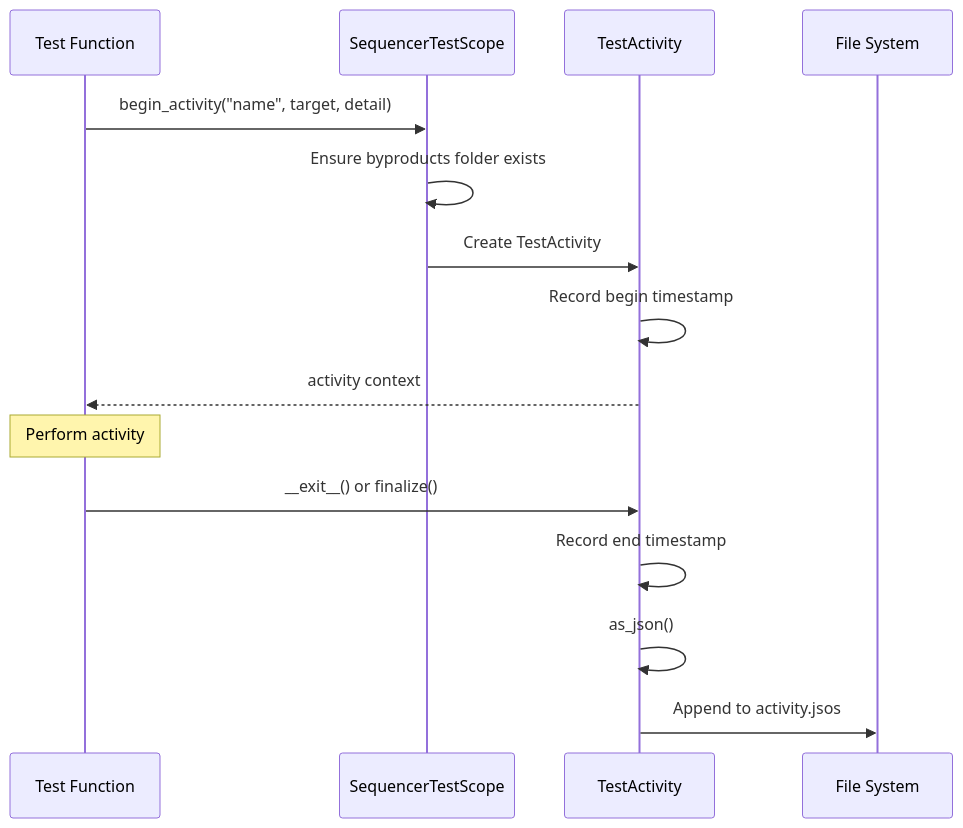
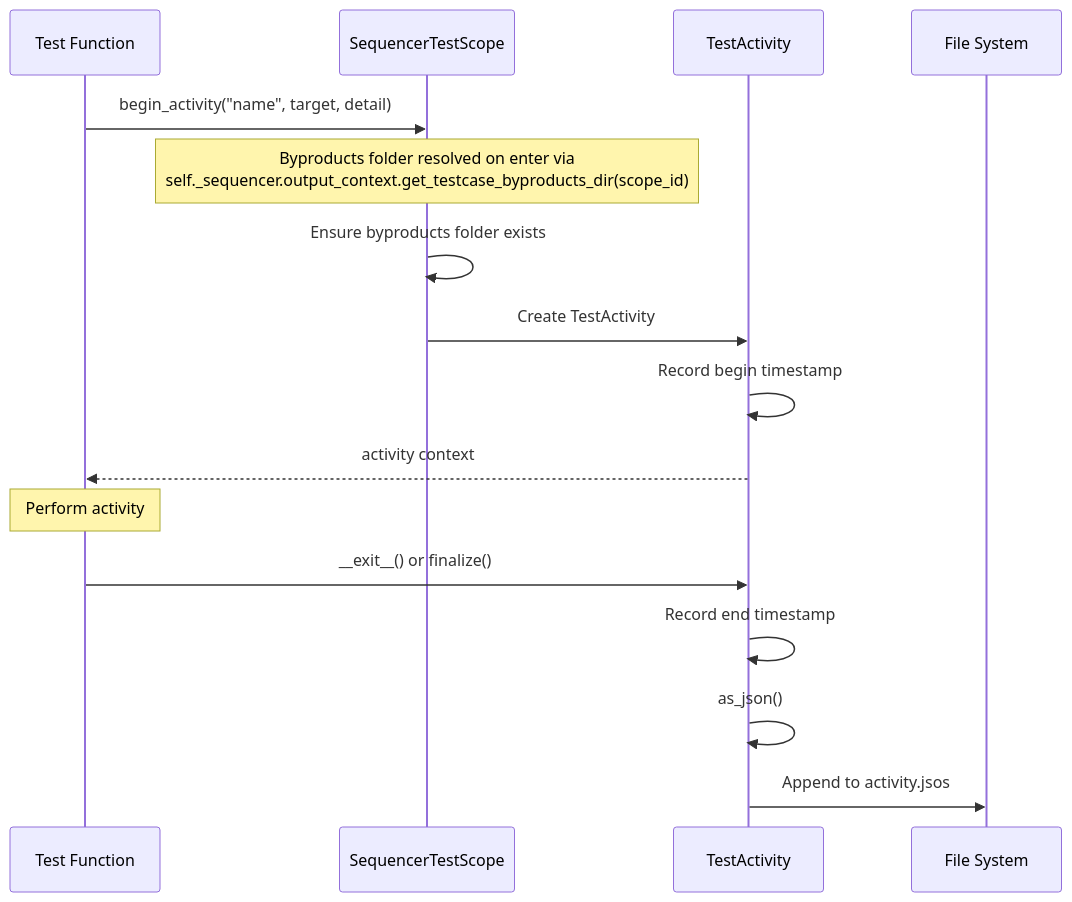
The tenth of 13 diagrams in specs/sequencer/design.md (code-craft-ai-company/codecraftai-testbase), drawn with Mermaid before and after one commit. The commit also changed other lines of this file and 109 other files, not shown here.

````diff
--- a/specs/sequencer/design.md
+++ b/specs/sequencer/design.md
@@ -369,20 +371,21 @@
 ```mermaid
 sequenceDiagram
     participant Test as Test Function
     participant STS as SequencerTestScope
     participant TA as TestActivity
     participant FS as File System
     
     Test->>STS: begin_activity("name", target, detail)
+    Note over STS: Byproducts folder resolved on enter via<br/>self._sequencer.output_context.get_testcase_byproducts_dir(scope_id)
     STS->>STS: Ensure byproducts folder exists
     STS->>TA: Create TestActivity
     TA->>TA: Record begin timestamp
     TA-->>Test: activity context
     
     Note over Test: Perform activity
     
     Test->>TA: __exit__() or finalize()
     TA->>TA: Record end timestamp
     TA->>TA: as_json()
     TA->>FS: Append to activity.jsos
 ```
````
